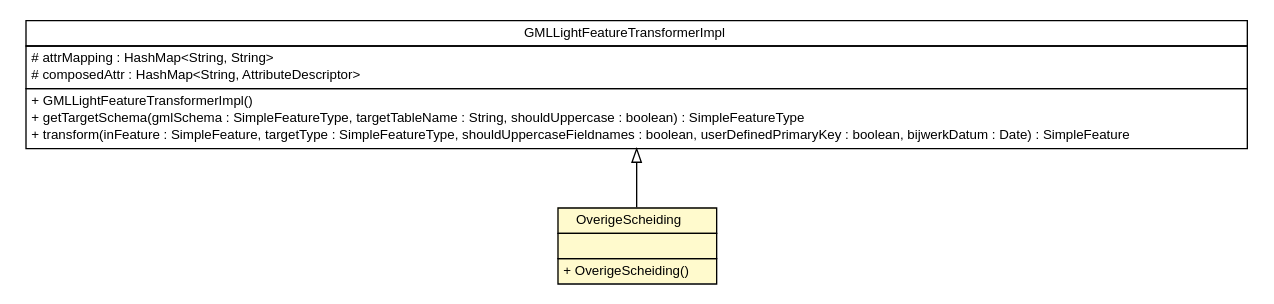
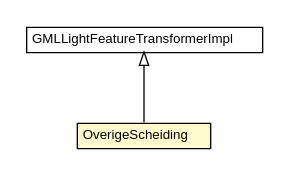
The diagram in bgt-gml-loader/apidocs/nl/b3p/brmo/loader/gml/light/OverigeScheiding.dot (B3Partners/brmo), drawn with Graphviz before and after one commit. The commit also changed 363 other files, not shown here.

```diff
--- a/bgt-gml-loader/apidocs/nl/b3p/brmo/loader/gml/light/OverigeScheiding.dot
+++ b/bgt-gml-loader/apidocs/nl/b3p/brmo/loader/gml/light/OverigeScheiding.dot
@@ -1,41 +1,26 @@
 #!/usr/local/bin/dot
 #
 # Class diagram 
 # Generated by UMLGraph version R5_6-24-gf6e263 (http://www.umlgraph.org/)
 #
 
 digraph G {
 	edge [fontname="Helvetica",fontsize=10,labelfontname="Helvetica",labelfontsize=10];
 	node [fontname="Helvetica",fontsize=10,shape=plaintext];
 	nodesep=0.25;
 	ranksep=0.5;
 	// nl.b3p.brmo.loader.gml.light.OverigeScheiding
-	c1100 [label=<<table title="nl.b3p.brmo.loader.gml.light.OverigeScheiding" border="0" cellborder="1" cellspacing="0" cellpadding="2" port="p" bgcolor="lemonChiffon" href="./OverigeScheiding.html">
+	c1082 [label=<<table title="nl.b3p.brmo.loader.gml.light.OverigeScheiding" border="0" cellborder="1" cellspacing="0" cellpadding="2" port="p" bgcolor="lemonChiffon" href="./OverigeScheiding.html">
 		<tr><td><table border="0" cellspacing="0" cellpadding="1">
 <tr><td align="center" balign="center"> OverigeScheiding </td></tr>
 		</table></td></tr>
-		<tr><td><table border="0" cellspacing="0" cellpadding="1">
-<tr><td align="left" balign="left">  </td></tr>
-		</table></td></tr>
-		<tr><td><table border="0" cellspacing="0" cellpadding="1">
-<tr><td align="left" balign="left"> + OverigeScheiding() </td></tr>
-		</table></td></tr>
 		</table>>, URL="./OverigeScheiding.html", fontname="Helvetica", fontcolor="black", fontsize=10.0];
 	// nl.b3p.brmo.loader.gml.light.GMLLightFeatureTransformerImpl
-	c1109 [label=<<table title="nl.b3p.brmo.loader.gml.light.GMLLightFeatureTransformerImpl" border="0" cellborder="1" cellspacing="0" cellpadding="2" port="p" href="./GMLLightFeatureTransformerImpl.html">
+	c1091 [label=<<table title="nl.b3p.brmo.loader.gml.light.GMLLightFeatureTransformerImpl" border="0" cellborder="1" cellspacing="0" cellpadding="2" port="p" href="./GMLLightFeatureTransformerImpl.html">
 		<tr><td><table border="0" cellspacing="0" cellpadding="1">
 <tr><td align="center" balign="center"> GMLLightFeatureTransformerImpl </td></tr>
 		</table></td></tr>
-		<tr><td><table border="0" cellspacing="0" cellpadding="1">
-<tr><td align="left" balign="left"> # attrMapping : HashMap&lt;String, String&gt; </td></tr>
-<tr><td align="left" balign="left"> # composedAttr : HashMap&lt;String, AttributeDescriptor&gt; </td></tr>
-		</table></td></tr>
-		<tr><td><table border="0" cellspacing="0" cellpadding="1">
-<tr><td align="left" balign="left"> + GMLLightFeatureTransformerImpl() </td></tr>
-<tr><td align="left" balign="left"> + getTargetSchema(gmlSchema : SimpleFeatureType, targetTableName : String, shouldUppercase : boolean) : SimpleFeatureType </td></tr>
-<tr><td align="left" balign="left"> + transform(inFeature : SimpleFeature, targetType : SimpleFeatureType, shouldUppercaseFieldnames : boolean, userDefinedPrimaryKey : boolean, bijwerkDatum : Date) : SimpleFeature </td></tr>
-		</table></td></tr>
 		</table>>, URL="./GMLLightFeatureTransformerImpl.html", fontname="Helvetica", fontcolor="black", fontsize=10.0];
 	//nl.b3p.brmo.loader.gml.light.OverigeScheiding extends nl.b3p.brmo.loader.gml.light.GMLLightFeatureTransformerImpl
-	c1109:p -> c1100:p [dir=back,arrowtail=empty];
+	c1091:p -> c1082:p [dir=back,arrowtail=empty];
 }
```
